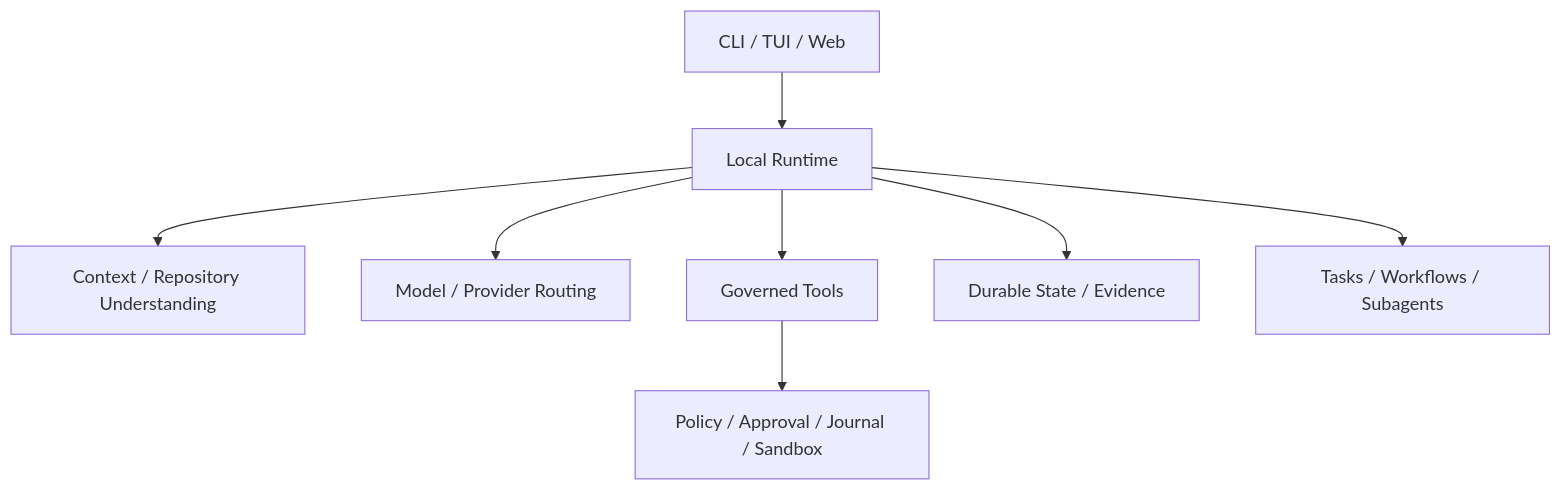
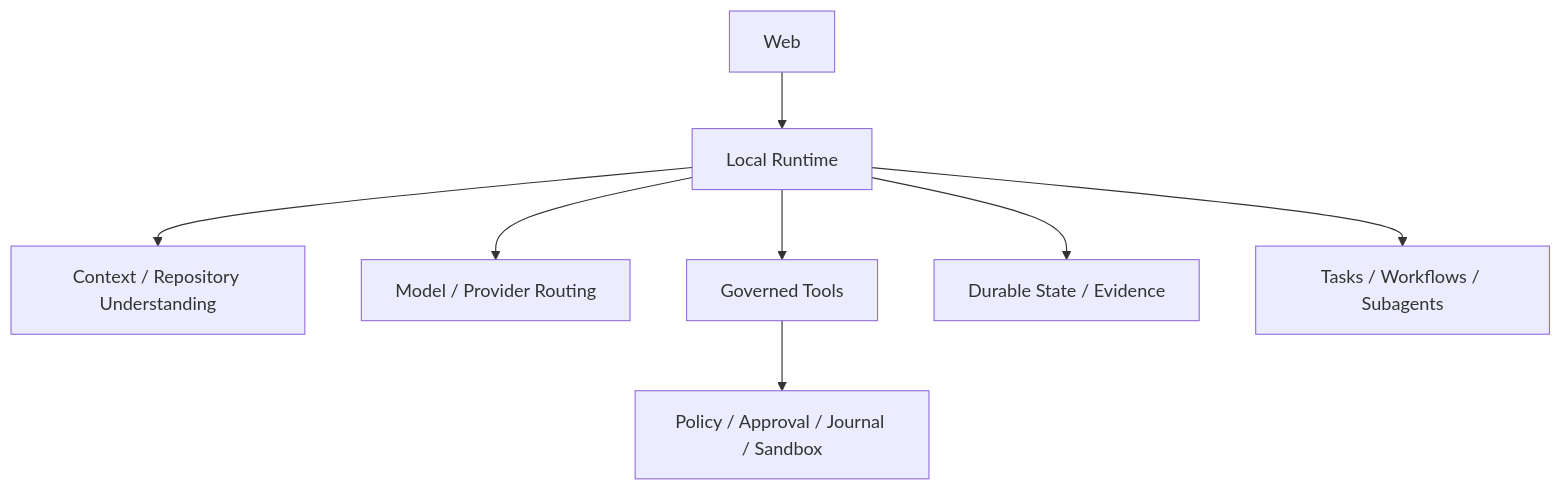
The diagram in docs/book/zh-CN/02-codehelper-overview/01-positioning-and-non-goals.md (fwtllh-png/CodeHelper), drawn with Mermaid before and after one commit. The commit also changed other lines of this file and 517 other files, not shown here.

````diff
--- a/docs/book/zh-CN/02-codehelper-overview/01-positioning-and-non-goals.md
+++ b/docs/book/zh-CN/02-codehelper-overview/01-positioning-and-non-goals.md
@@ -98,10 +96,10 @@
 ```mermaid
 flowchart TB
-    H[CLI / TUI / Web] --> R[Local Runtime]
+    H[Web] --> R[Local Runtime]
     R --> C[Context / Repository Understanding]
     R --> M[Model / Provider Routing]
     R --> T[Governed Tools]
     R --> D[Durable State / Evidence]
     R --> O[Tasks / Workflows / Subagents]
     T --> S[Policy / Approval / Journal / Sandbox]
 ```
````
